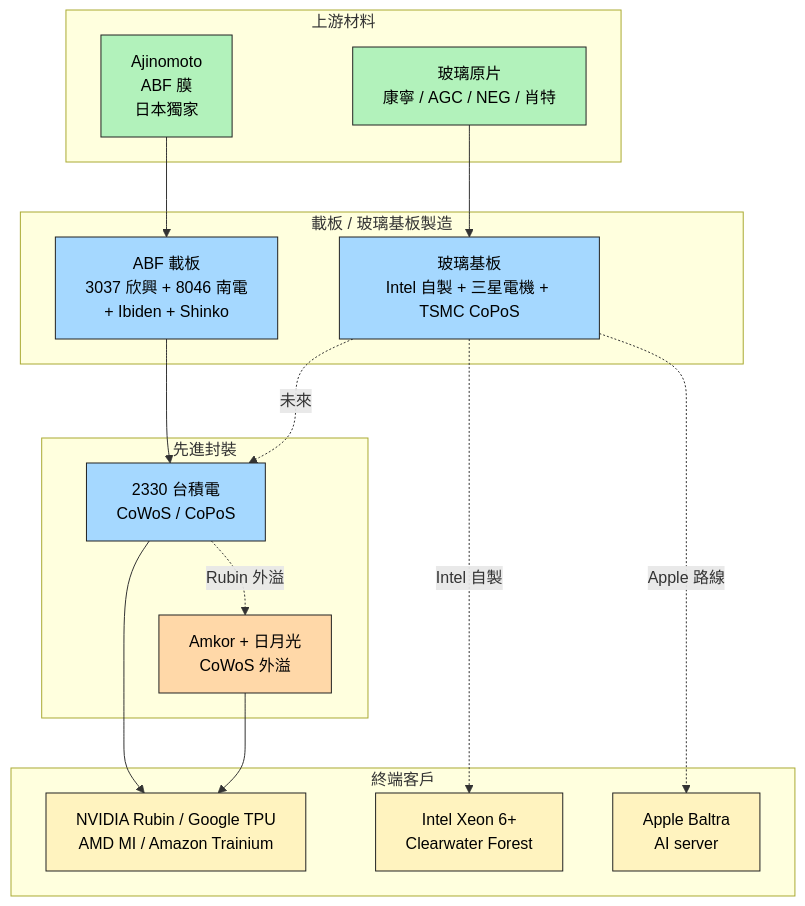
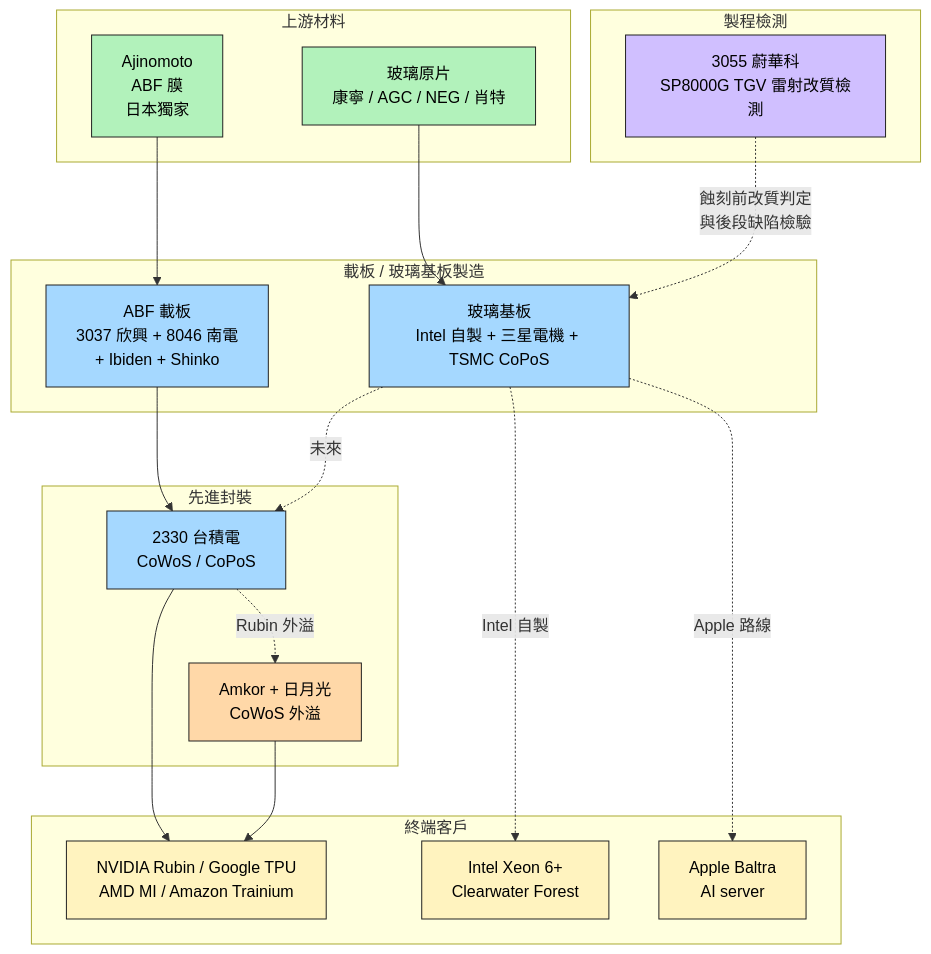
Before and after one commit to kevn950324/wiki_Stockv2: the diagram in content/lib/3.supply_chain/供應鏈_先進封裝載板.md, drawn with Mermaid. The commit also changed other lines of this file and 4 other files, not shown here.

````diff
--- a/content/lib/3.supply_chain/供應鏈_先進封裝載板.md
+++ b/content/lib/3.supply_chain/供應鏈_先進封裝載板.md
@@ -24,43 +24,50 @@
 ```mermaid
 flowchart TD
     subgraph Materials[上游材料]
         Ajinomoto[Ajinomoto<br/>ABF 膜<br/>日本獨家]
         GlassRaw[玻璃原片<br/>康寧 / AGC / NEG / 肖特]
     end
 
     subgraph CarrierMakers[載板 / 玻璃基板製造]
         ABF[ABF 載板<br/>3037 欣興 + 8046 南電<br/>+ Ibiden + Shinko]
         Glass[玻璃基板<br/>Intel 自製 + 三星電機 + TSMC CoPoS]
     end
 
     subgraph Packaging[先進封裝]
         TSMC[2330 台積電<br/>CoWoS / CoPoS]
         OSAT[Amkor + 日月光<br/>CoWoS 外溢]
     end
 
+    subgraph Inspection[製程檢測]
+        SPIROX[3055 蔚華科<br/>SP8000G TGV 雷射改質檢測]
+    end
+
     subgraph Customers[終端客戶]
         AI[NVIDIA Rubin / Google TPU<br/>AMD MI / Amazon Trainium]
         IntelCPU[Intel Xeon 6+<br/>Clearwater Forest]
         AppleAI[Apple Baltra<br/>AI server]
     end
 
     Ajinomoto --> ABF
     GlassRaw --> Glass
     ABF --> TSMC
     Glass -.未來.-> TSMC
     Glass -.Apple 路線.-> AppleAI
     Glass -.Intel 自製.-> IntelCPU
+    SPIROX -.蝕刻前改質判定<br/>與後段缺陷檢驗.-> Glass
     TSMC --> AI
     TSMC -.Rubin 外溢.-> OSAT
     OSAT --> AI
 
     classDef material fill:#b2f2bb,stroke:#222,color:#000
+    classDef process fill:#d0bfff,stroke:#222,color:#000
     classDef core fill:#a5d8ff,stroke:#222,color:#000
     classDef outsource fill:#ffd8a8,stroke:#222,color:#000
     classDef customer fill:#fff3bf,stroke:#222,color:#000
 
     class Ajinomoto,GlassRaw material
     class ABF,Glass,TSMC core
     class OSAT outsource
+    class SPIROX process
     class AI,IntelCPU,AppleAI customer
 ```
````
